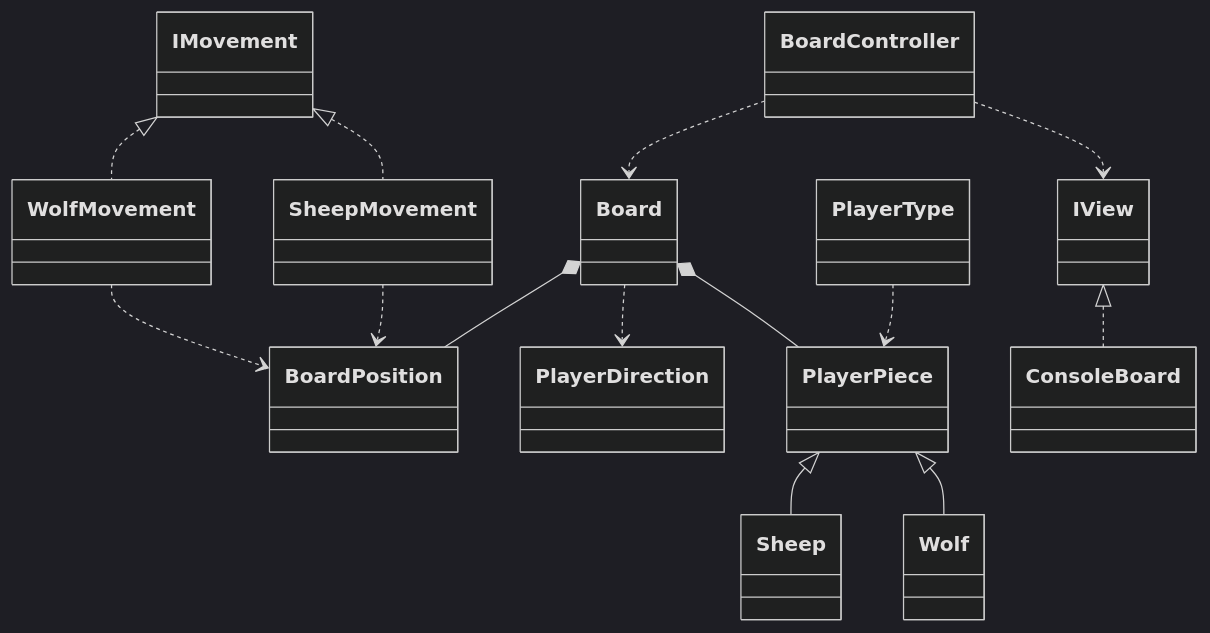
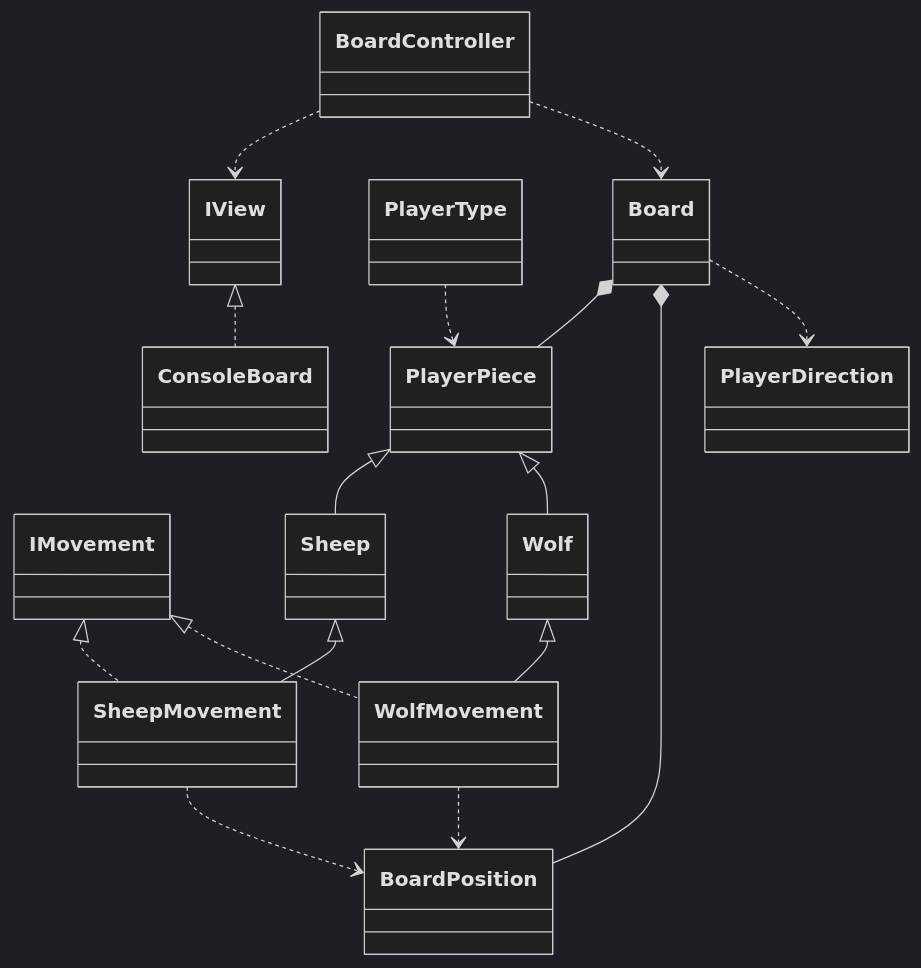
Before and after one commit to RicardoMota22/ProjDeRecurso: the diagram in README.md, drawn with Mermaid (dark theme). The commit also changed 4 other files, not shown here.

````diff
--- a/README.md
+++ b/README.md
@@ -41,70 +41,73 @@
 ```mermaid
 classDiagram
     class Board {
         
     }
 
     class BoardPosition {
         
     }
     class IMovement {
         
     }
     class PlayerType {
         
     }
 
     class PlayerDirection {
         
     }
 
     class PlayerPiece {
         
     }
 
     class Sheep {
         
     }
 
     class SheepMovement {
         
     }
     class Wolf {
         
     }
     class WolfMovement {
         
     }
 
     class ConsoleBoard {
         
     }
     class IView {
         
     }
     class BoardController {
         
     }
 
     PlayerPiece <|-- Sheep
     PlayerPiece <|-- Wolf
 
+    Sheep <|-- SheepMovement
+    Wolf <|-- WolfMovement
+
     IMovement <|.. SheepMovement
     IMovement <|.. WolfMovement
 
     IView <|.. ConsoleBoard
 
     WolfMovement ..> BoardPosition
     SheepMovement ..> BoardPosition
 
     BoardController ..> IView
     BoardController ..> Board
 
     Board *-- PlayerPiece
     Board *-- BoardPosition
     PlayerType ..> PlayerPiece
     Board ..> PlayerDirection
 
 
 
 ```
````
